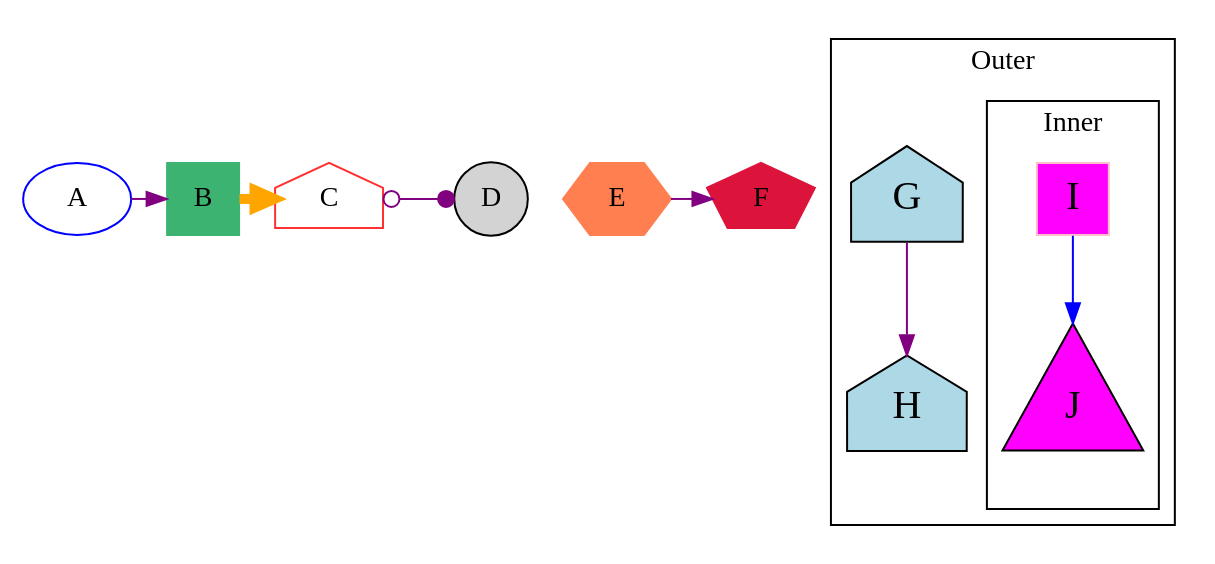
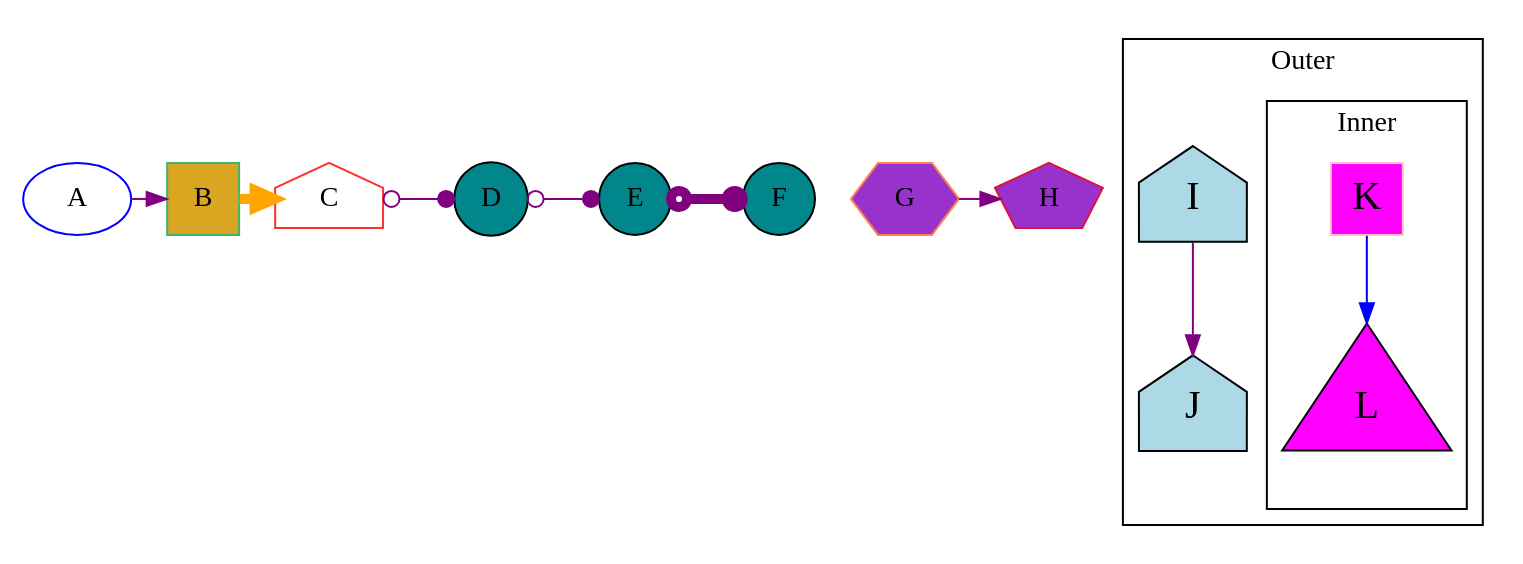
One commit to graphviz-perl/GraphViz2-Marpa changed the diagram in data/55.gv. Above: the diagram before and after it, drawn with Graphviz. The commit also changed 2 other files, not shown here.

```diff
--- a/data/55.gv
+++ b/data/55.gv
@@ -1,44 +1,46 @@
 strict digraph graph_55
 {
 	A [color = blue]
 
 	node [shape = house]
 	edge [color = purple]
 
 	{
 		rank = same
 		C
-		node [shape = circle style = filled]
+		node [fillcolor = goldenrod shape = circle style = filled]
 		A -> B
 		B [color = mediumseagreen]
 		C [color = firebrick1]
 		B -> C [color = orange penwidth = 5]
-		C -> D [arrowtail = odot arrowhead = dot dir = both minlen = 2]
+		node [fillcolor = turquoise4]
+		C -> D -> E [arrowtail = odot arrowhead = dot dir = both minlen = 2]
+		E -> F [arrowtail = odot arrowhead = dot dir = both minlen = 2 penwidth = 5]
 		{
-			node [shape = pentagon]
-			E [color = coral shape = hexagon]
-			F [color = crimson]
-			E -> F
+			node [fillcolor = darkorchid shape = pentagon]
+			G [color = coral shape = hexagon]
+			H [color = crimson]
+			G -> H
 		}
 	}
 
 	B [shape = square]
 
 	node [fillcolor = lightblue fontsize = 20 style = filled]
 
 	subgraph cluster_outer
 	{
 		label = Outer
-		G -> H
+		I -> J
 
 		subgraph cluster_inner
 		{
 			label = Inner
 			node [fillcolor = magenta shape = triangle]
 			edge [color = blue]
-			I [color = pink shape = square]
-			I -> J
+			K [color = pink shape = square]
+			K -> L
 		}
 	}
 	graph [rankdir = TB]
 }
```
